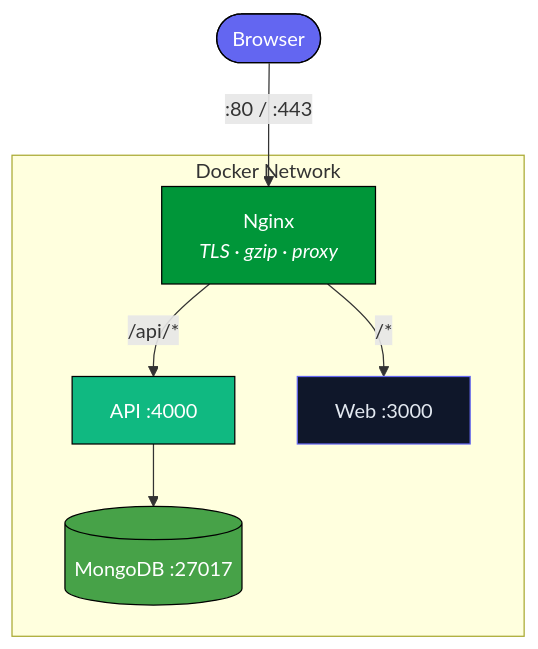
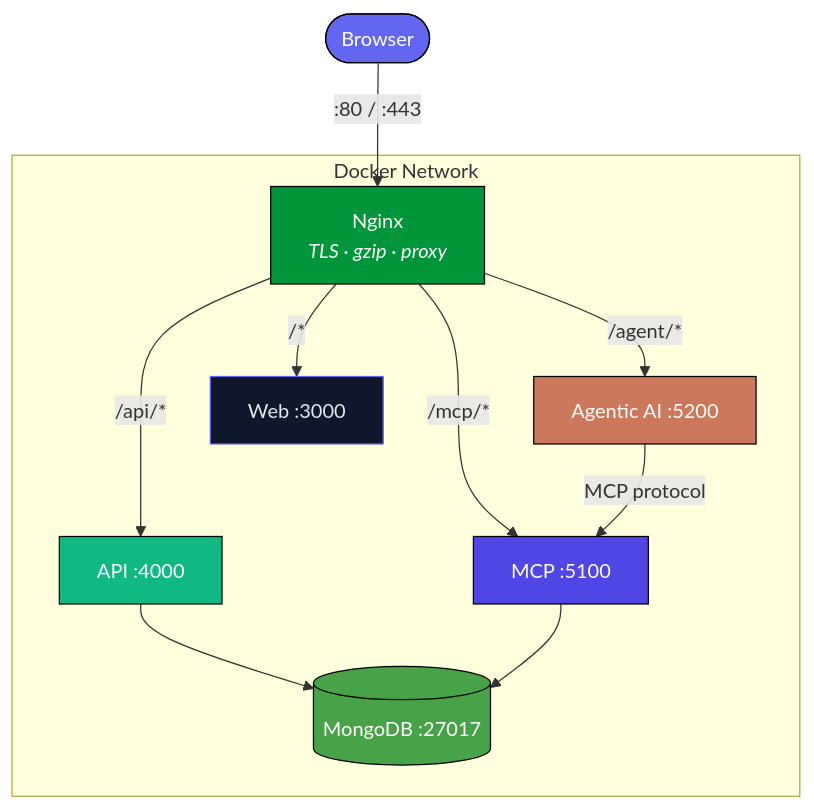
One commit to Anto1712/WealthWise-Finance-Tracker changed the fifth of 6 diagrams in README.md. Above: the diagram before and after it, drawn with Mermaid. The commit also changed other lines of this file and 9 other files, not shown here.

````diff
--- a/README.md
+++ b/README.md
@@ -567,20 +631,28 @@
 ```mermaid
 graph TD
     CLIENT([Browser]) -- ":80 / :443" --> NGINX["Nginx<br/><i>TLS · gzip · proxy</i>"]
     NGINX -- "/api/*" --> API["API :4000"]
+    NGINX -- "/mcp/*" --> MCP["MCP :5100"]
+    NGINX -- "/agent/*" --> AI["Agentic AI :5200"]
     NGINX -- "/*" --> WEB["Web :3000"]
     API --> DB[(MongoDB :27017)]
+    MCP --> DB
+    AI -- "MCP protocol" --> MCP
 
     subgraph Docker["Docker Network"]
         NGINX
         API
         WEB
+        MCP
+        AI
         DB
     end
 
     style CLIENT fill:#6366f1,stroke:#000,color:#fff
     style NGINX fill:#009639,stroke:#000,color:#fff
     style API fill:#10b981,stroke:#000,color:#fff
     style WEB fill:#0f172a,stroke:#6366f1,color:#e2e8f0
+    style MCP fill:#4f46e5,stroke:#000,color:#fff
+    style AI fill:#cc785c,stroke:#000,color:#fff
     style DB fill:#47a248,stroke:#000,color:#fff
 ```
````
